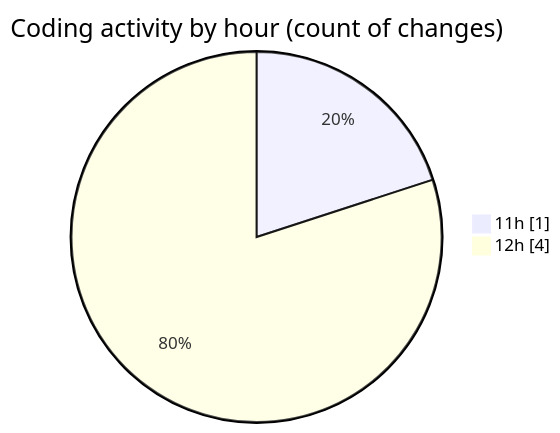
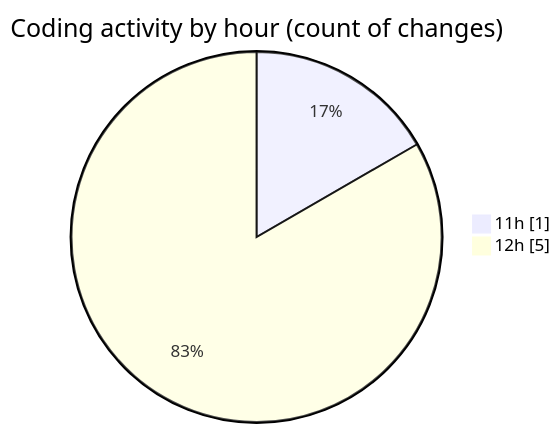
Before and after one commit to ricardozamudiocil/code-tracking: the second of 2 diagrams in 2026-04-24/cilwebcustomercomunication/README.md, drawn with Mermaid. The commit also changed other lines of this file and 1 other file, not shown here.

````diff
--- a/2026-04-24/cilwebcustomercomunication/README.md
+++ b/2026-04-24/cilwebcustomercomunication/README.md
@@ -34,6 +35,6 @@
 ```mermaid
 pie showData
 title Coding activity by hour (count of changes)
 "11h" : 1
-"12h" : 4
+"12h" : 5
 ```
````
